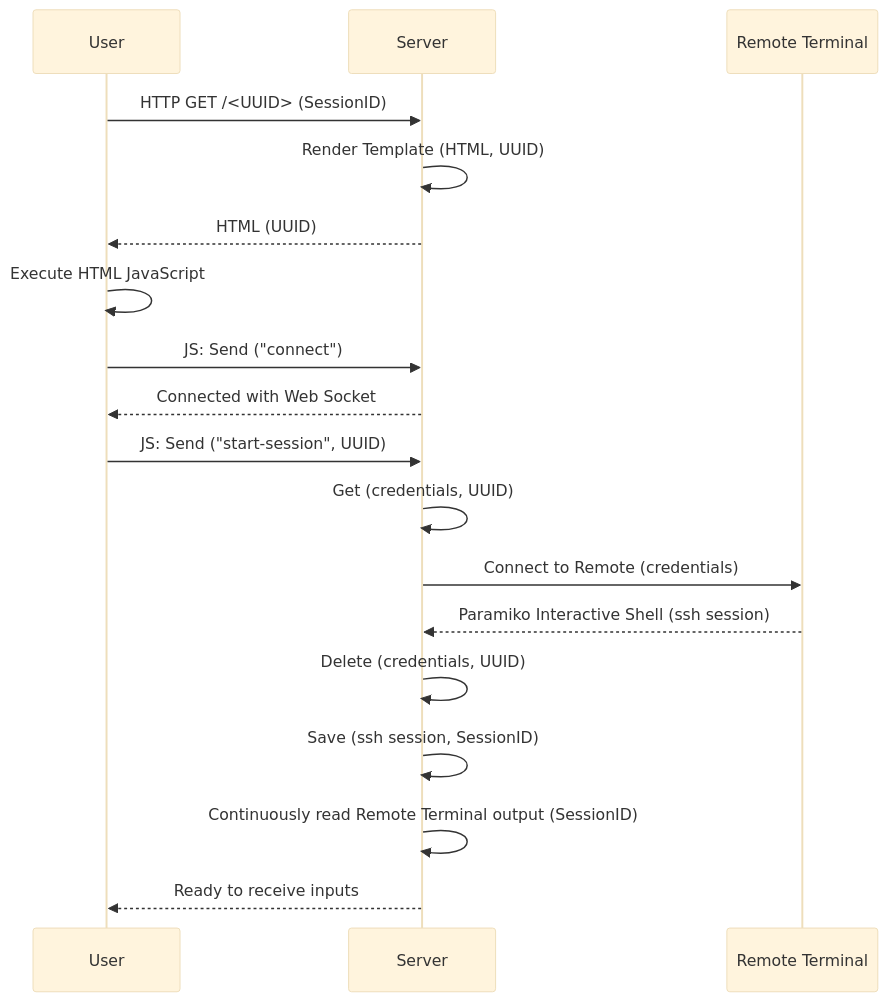
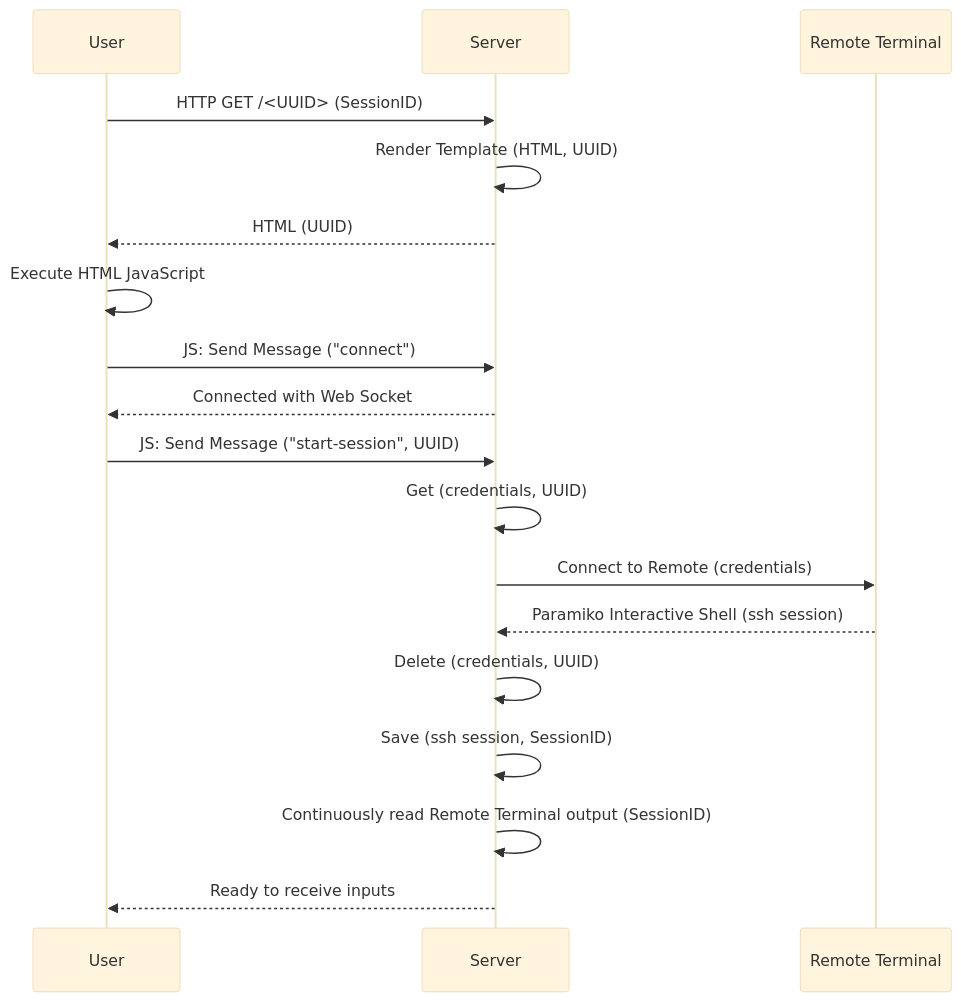
One commit to isislab-unisa/alfresco-ssh changed the second of 3 diagrams in README.md. Above: the diagram before and after it, drawn with Mermaid (base theme). The commit also changed other lines of this file and 1 other file, not shown here.

````diff
--- a/README.md
+++ b/README.md
@@ -27,21 +116,21 @@
 ```mermaid
 sequenceDiagram
     participant U as User
     participant S as Server
     participant R as Remote Terminal
 
     U->>S: HTTP GET /<UUID> (SessionID)
     S->>S: Render Template (HTML, UUID)
     S-->>U: HTML (UUID)
     U->>U: Execute HTML JavaScript
-    U->>S: JS: Send ("connect")
+    U->>S: JS: Send Message ("connect")
     S-->>U: Connected with Web Socket
-    U->>S: JS: Send ("start-session", UUID)
+    U->>S: JS: Send Message ("start-session", UUID)
     S->>S: Get (credentials, UUID)
     S->>R: Connect to Remote (credentials)
     R-->>S: Paramiko Interactive Shell (ssh session)
     S->>S: Delete (credentials, UUID)
     S->>S: Save (ssh session, SessionID)
     S->>S: Continuously read Remote Terminal output (SessionID)
     S-->>U: Ready to receive inputs
 ```
````
